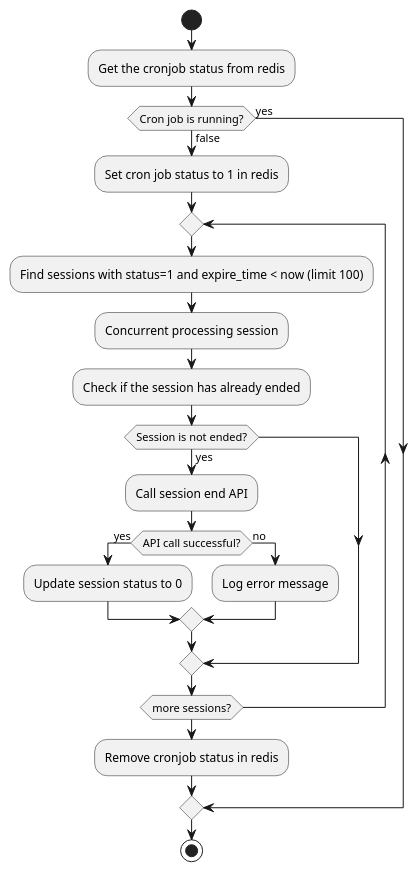
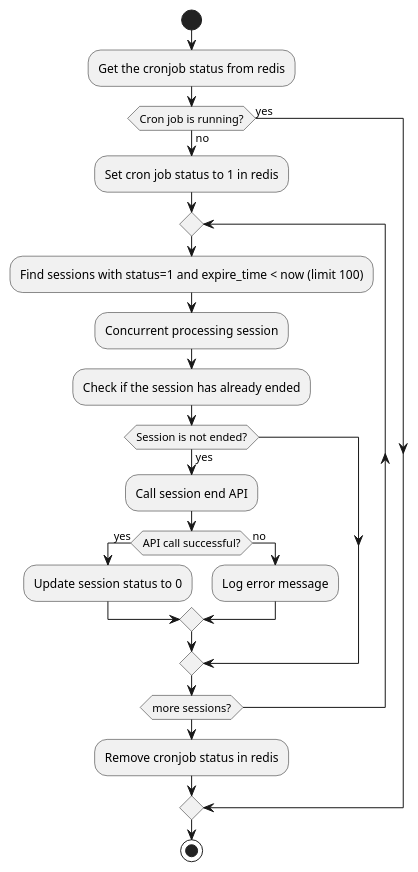
The diagram in Session end cron job.puml (Jayounger/EyeMed-Sequence-Diagram), drawn with PlantUML before and after one commit. The commit also changed 26 other files, not shown here.

```diff
--- a/Session end cron job.puml
+++ b/Session end cron job.puml
@@ -1,27 +1,27 @@
 @startuml
 'https://plantuml.com/activity-diagram-beta
 
 start
 :Get the cronjob status from redis;
 if (Cron job is running?) then (yes)
-else (false)
+else (no)
 :Set cron job status to 1 in redis;
 repeat
 :Find sessions with status=1 and expire_time < now (limit 100);
     :Concurrent processing session;
     :Check if the session has already ended;
     if (Session is not ended?) then (yes)
         :Call session end API;
         if (API call successful?) then (yes)
             :Update session status to 0;
         else (no)
             :Log error message;
         endif
     endif
 repeat while (more sessions?)
 :Remove cronjob status in redis;
 endif
 
 stop
 
 @enduml
```
